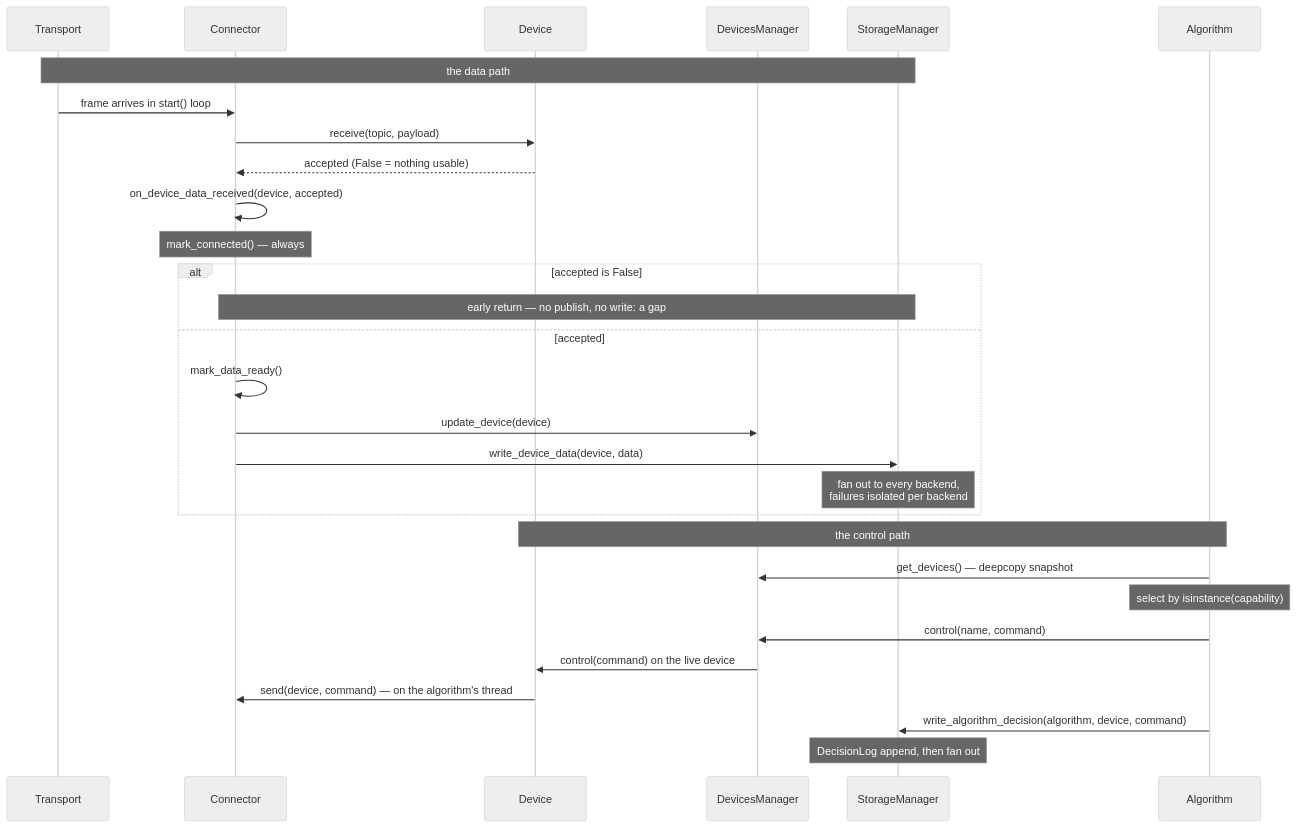
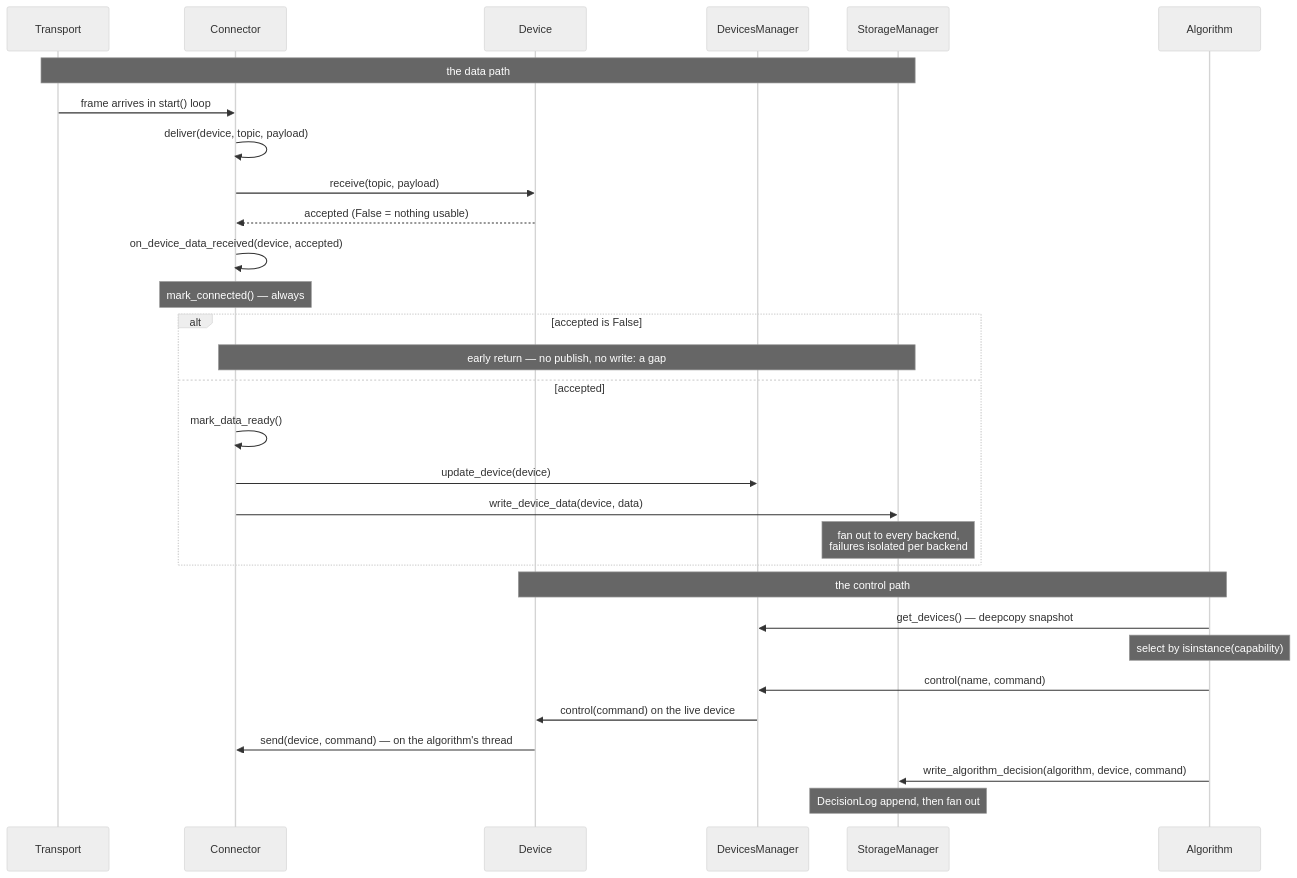
Before and after one commit to Motrix-Energy/Motrix-Energy.github.io: the diagram in src/content/docs/architecture/data-flow.md, drawn with Mermaid (neutral theme). The commit also changed other lines of this file and 13 other files, not shown here.

````diff
--- a/src/content/docs/architecture/data-flow.md
+++ b/src/content/docs/architecture/data-flow.md
@@ -8,31 +8,32 @@
 ```mermaid
 sequenceDiagram
 	participant T as Transport
 	participant C as Connector
 	participant D as Device
 	participant DM as DevicesManager
 	participant SM as StorageManager
 	participant A as Algorithm
 	Note over T,SM: the data path
 	T->>C: frame arrives in start() loop
+	C->>C: deliver(device, topic, payload)
 	C->>D: receive(topic, payload)
 	D-->>C: accepted (False = nothing usable)
 	C->>C: on_device_data_received(device, accepted)
 	Note over C: mark_connected() — always
 	alt accepted is False
 		Note over C,SM: early return — no publish, no write: a gap
 	else accepted
 		C->>C: mark_data_ready()
 		C->>DM: update_device(device)
 		C->>SM: write_device_data(device, data)
 		Note over SM: fan out to every backend,<br/>failures isolated per backend
 	end
 	Note over D,A: the control path
 	A->>DM: get_devices() — deepcopy snapshot
 	Note over A: select by isinstance(capability)
 	A->>DM: control(name, command)
 	DM->>D: control(command) on the live device
 	D->>C: send(device, command) — on the algorithm's thread
 	A->>SM: write_algorithm_decision(algorithm, device, command)
 	Note over SM: DecisionLog append, then fan out
 ```
````
